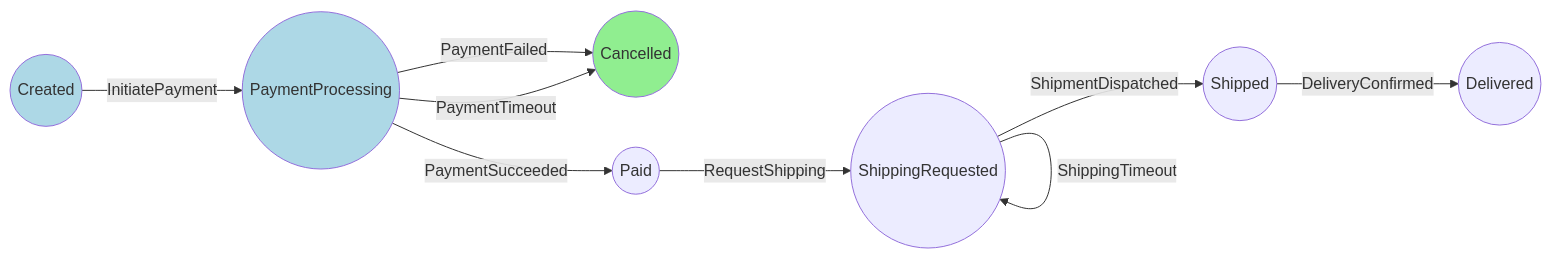
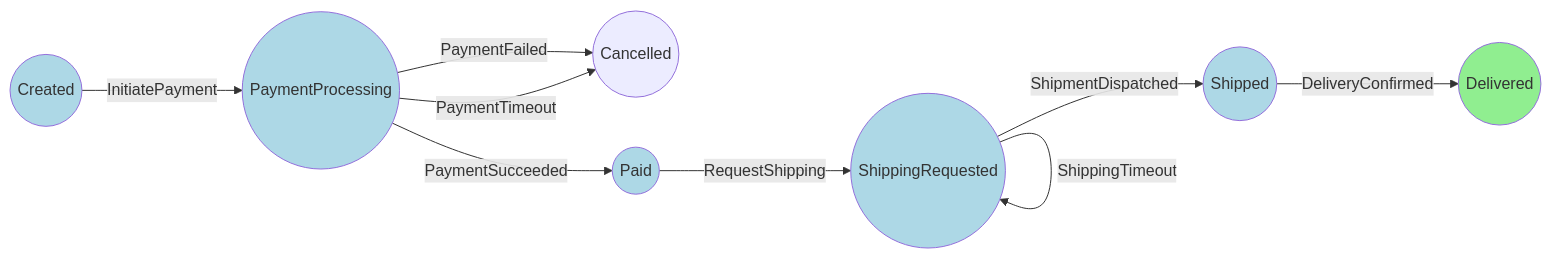
Before and after one commit to Iterable/mechanoid: the second of 2 diagrams in docs/visualizations/order-5-trace.md, drawn with Mermaid. The commit also changed other lines of this file and 26 other files, not shown here.

````diff
--- a/docs/visualizations/order-5-trace.md
+++ b/docs/visualizations/order-5-trace.md
@@ -21,25 +27,28 @@
 ```mermaid
 flowchart LR
     Shipped((Shipped))
     PaymentProcessing((PaymentProcessing))
     ShippingRequested((ShippingRequested))
     Delivered((Delivered))
     Cancelled((Cancelled))
     Paid((Paid))
     Created((Created))
 
     Created -->|InitiatePayment| PaymentProcessing
     PaymentProcessing -->|PaymentSucceeded| Paid
     PaymentProcessing -->|PaymentFailed| Cancelled
     PaymentProcessing -->|PaymentTimeout| Cancelled
     Paid -->|RequestShipping| ShippingRequested
     ShippingRequested -->|ShipmentDispatched| Shipped
     ShippingRequested -->|ShippingTimeout| ShippingRequested
     Shipped -->|DeliveryConfirmed| Delivered
 
     style Created fill:#ADD8E6
+    style Delivered fill:#ADD8E6
+    style ShippingRequested fill:#ADD8E6
     style PaymentProcessing fill:#ADD8E6
-    style Cancelled fill:#ADD8E6
-    style Cancelled fill:#90EE90
+    style Shipped fill:#ADD8E6
+    style Paid fill:#ADD8E6
+    style Delivered fill:#90EE90
 
 ```
````
